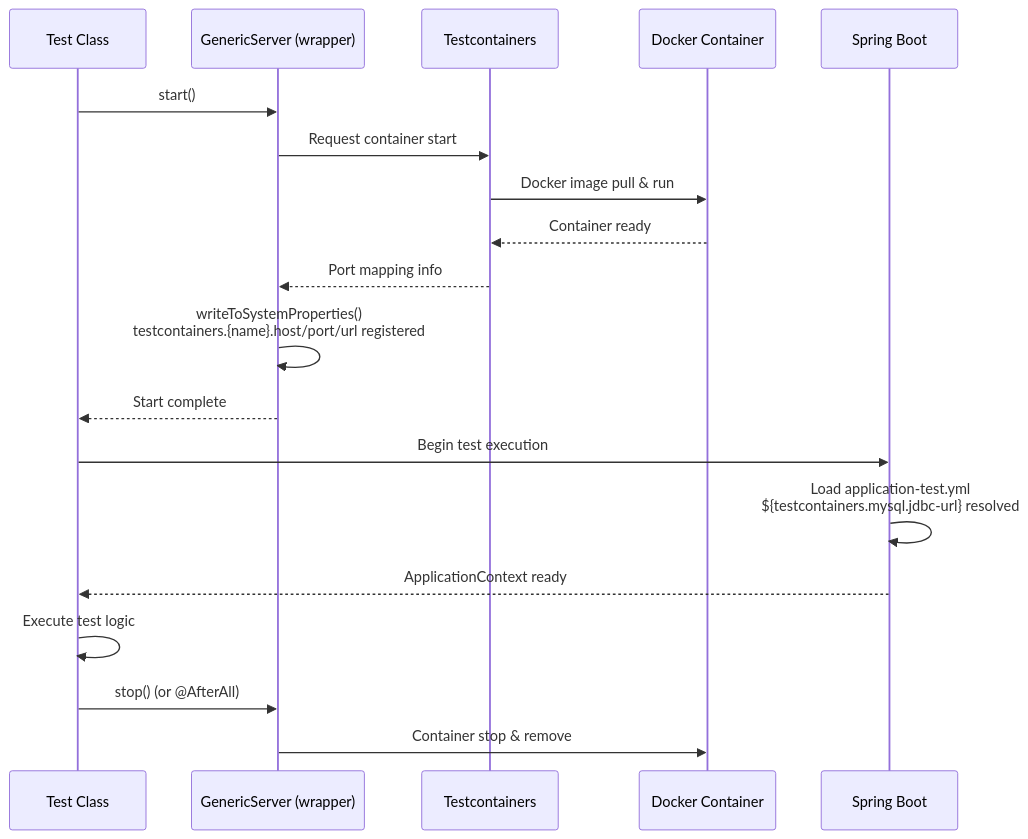
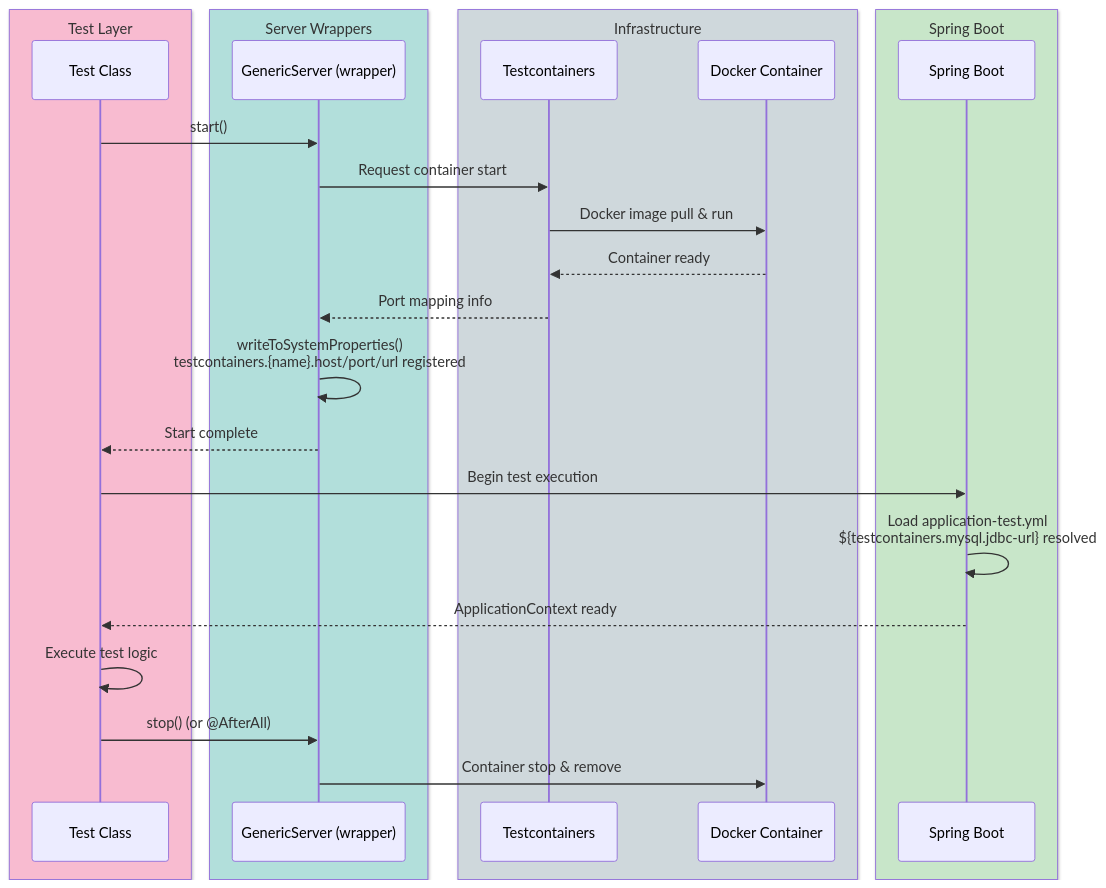
One commit to bluetape4k/bluetape4k-projects changed the first of 4 diagrams in testing/testcontainers/README.md. Above: the diagram before and after it, drawn with Mermaid. The commit also changed other lines of this file and 221 other files, not shown here.

First line of the commit message:
docs: 전체 모듈 README UML 다이어그램 보강 및 색상 업그레이드

````diff
--- a/testing/testcontainers/README.md
+++ b/testing/testcontainers/README.md
@@ -11,25 +11,33 @@
 ```mermaid
 sequenceDiagram
-    participant TEST as Test Class
-    participant SERVER as GenericServer (wrapper)
-    participant TC as Testcontainers
-    participant DOCKER as Docker Container
-    participant SPRING as Spring Boot
+    box rgb(248,187,208) Test Layer
+        participant TEST as Test Class
+    end
+    box rgb(178,223,219) Server Wrappers
+        participant SERVER as GenericServer (wrapper)
+    end
+    box rgb(207,216,220) Infrastructure
+        participant TC as Testcontainers
+        participant DOCKER as Docker Container
+    end
+    box rgb(200,230,201) Spring Boot
+        participant SPRING as Spring Boot
+    end
 
     TEST->>SERVER: start()
     SERVER->>TC: Request container start
     TC->>DOCKER: Docker image pull & run
     DOCKER-->>TC: Container ready
     TC-->>SERVER: Port mapping info
     SERVER->>SERVER: writeToSystemProperties()<br/>testcontainers.{name}.host/port/url registered
     SERVER-->>TEST: Start complete
 
     TEST->>SPRING: Begin test execution
     SPRING->>SPRING: Load application-test.yml<br/>${testcontainers.mysql.jdbc-url} resolved
     SPRING-->>TEST: ApplicationContext ready
 
     TEST->>TEST: Execute test logic
 
     TEST->>SERVER: stop() (or @AfterAll)
     SERVER->>DOCKER: Container stop & remove
 ```
````
